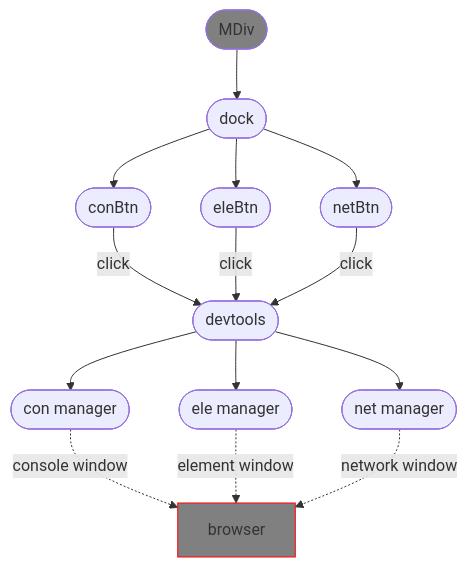
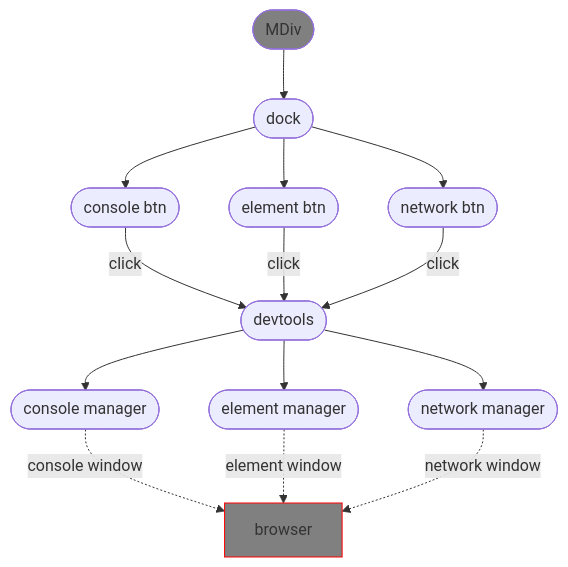
The first of 2 diagrams in README.md (moo-m/MDev), drawn with Mermaid before and after one commit.

````diff
--- a/README.md
+++ b/README.md
@@ -91,41 +91,41 @@
 ```mermaid
 flowchart TB
 
-App([MDiv])
+MDiv([MDiv])
 
 Dock([dock])
 
-App --> Dock
+MDiv --> Dock
 
-ConBtn([conBtn])
-EleBtn([eleBtn])
-NetBtn([netBtn])
+ConsoleBtn([console btn])
+ElementBtn([element btn])
+NetworkBtn([network btn])
 
-Dock --> ConBtn
-Dock --> EleBtn
-Dock --> NetBtn
+Dock --> ConsoleBtn
+Dock --> ElementBtn
+Dock --> NetworkBtn
 
 DevTools([devtools])
 
-ConBtn --> |click| DevTools
-EleBtn --> |click| DevTools
-NetBtn --> |click| DevTools
+ConsoleBtn --> |click| DevTools
+ElementBtn --> |click| DevTools
+NetworkBtn --> |click| DevTools
 
-ConManager([con manager])
-EleManager([ele manager])
-NetManager([net manager])
+ConsoleManager([console manager])
+ElementManager([element manager])
+NetworkManager([network manager])
 
-DevTools --> ConManager
-DevTools --> EleManager
-DevTools --> NetManager
+DevTools --> ConsoleManager
+DevTools --> ElementManager
+DevTools --> NetworkManager
 
 Browser[browser]
 
-ConManager -. console window .-> Browser
-EleManager -. element window .-> Browser
-NetManager -. network window .-> Browser
+ConsoleManager -. console window .-> Browser
+ElementManager -. element window .-> Browser
+NetworkManager -. network window .-> Browser
 
-style App fill:gray,stoke:red
+style MDiv fill:gray,stoke:red
 style Browser fill:gray,stroke:red
 
 ```
````
